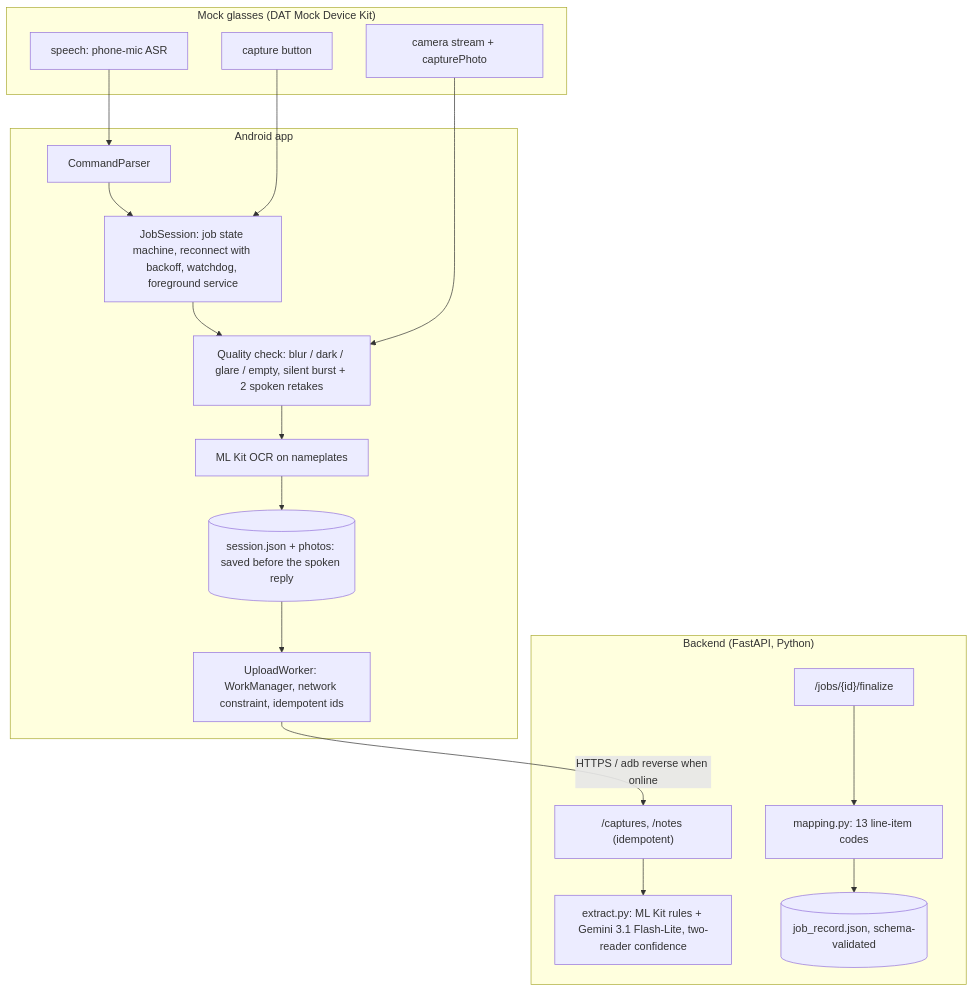
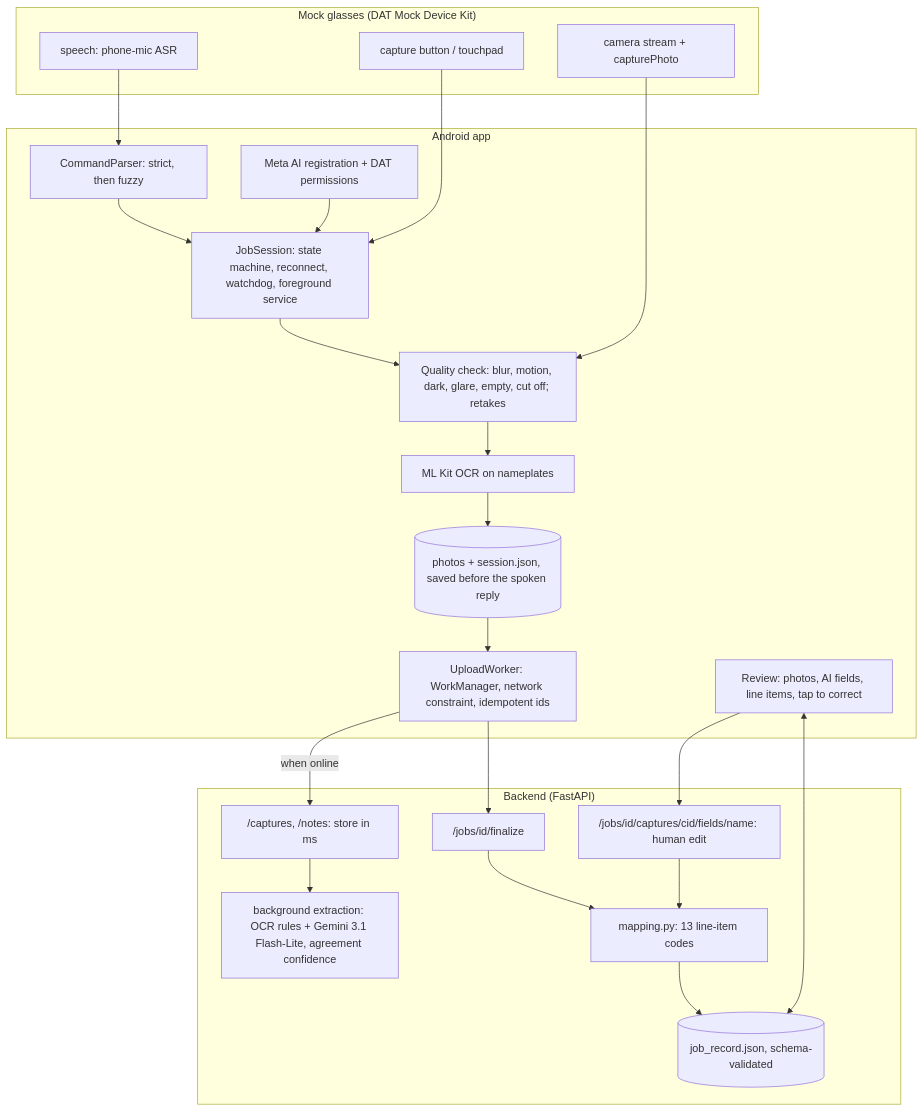
The diagram in README.md (raaj6395/FieldCapture), drawn with Mermaid before and after one commit. The commit also changed other lines of this file, not shown here.

````diff
--- a/README.md
+++ b/README.md
@@ -34,20 +66,22 @@
 ```mermaid
 flowchart TB
   subgraph Glasses["Mock glasses (DAT Mock Device Kit)"]
-    cam[camera stream + capturePhoto] ; mic[speech: phone-mic ASR] ; btn[capture button]
+    cam[camera stream + capturePhoto] ; mic[speech: phone-mic ASR] ; btn[capture button / touchpad]
   end
   subgraph Phone["Android app"]
-    js[JobSession: job state machine, reconnect with backoff, watchdog, foreground service]
-    cp[CommandParser] --> js
-    q[Quality check: blur / dark / glare / empty, silent burst + 2 spoken retakes]
+    reg[Meta AI registration + DAT permissions]
+    cp[CommandParser: strict, then fuzzy] --> js[JobSession: state machine, reconnect, watchdog, foreground service]
+    q[Quality check: blur, motion, dark, glare, empty, cut off; retakes]
     ocr[ML Kit OCR on nameplates]
-    disk[(session.json + photos: saved before the spoken reply)]
+    disk[(photos + session.json, saved before the spoken reply)]
     w[UploadWorker: WorkManager, network constraint, idempotent ids]
-    js --> q --> ocr --> disk --> w
+    rv[Review: photos, AI fields, line items, tap to correct]
+    reg --> js --> q --> ocr --> disk --> w
   end
-  subgraph Backend["Backend (FastAPI, Python)"]
-    api["/captures, /notes (idempotent)"] --> ex[extract.py: ML Kit rules + Gemini 3.1 Flash-Lite, two-reader confidence]
-    fin["/jobs/{id}/finalize"] --> map[mapping.py: 13 line-item codes] --> rec[(job_record.json, schema-validated)]
+  subgraph Backend["Backend (FastAPI)"]
+    api["/captures, /notes: store in ms"] --> ex[background extraction: OCR rules + Gemini 3.1 Flash-Lite, agreement confidence]
+    fin["/jobs/id/finalize"] --> map[mapping.py: 13 line-item codes] --> rec[(job_record.json, schema-validated)]
+    edit["/jobs/id/captures/cid/fields/name: human edit"] --> map
   end
-  mic --> cp ; btn --> js ; cam --> q ; w -- "HTTPS / adb reverse when online" --> api
+  mic --> cp ; btn --> js ; cam --> q ; w -- "when online" --> api ; w --> fin ; rv <--> rec ; rv --> edit
 ```
````
